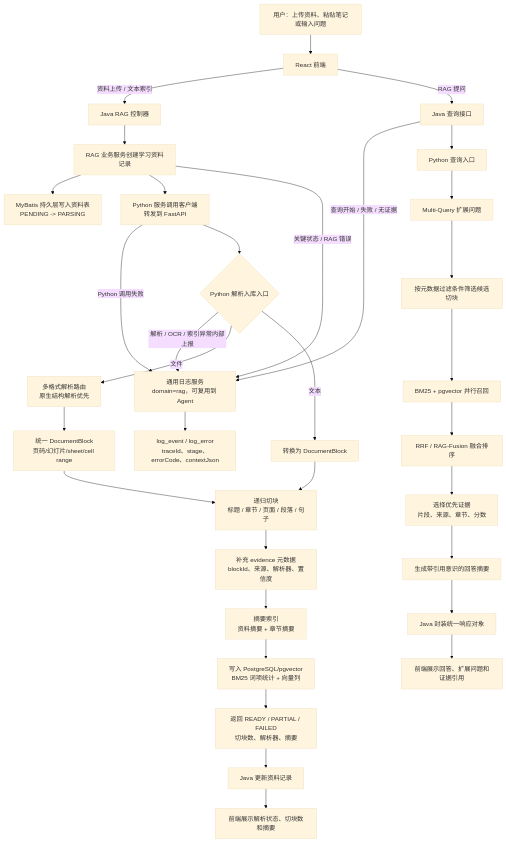
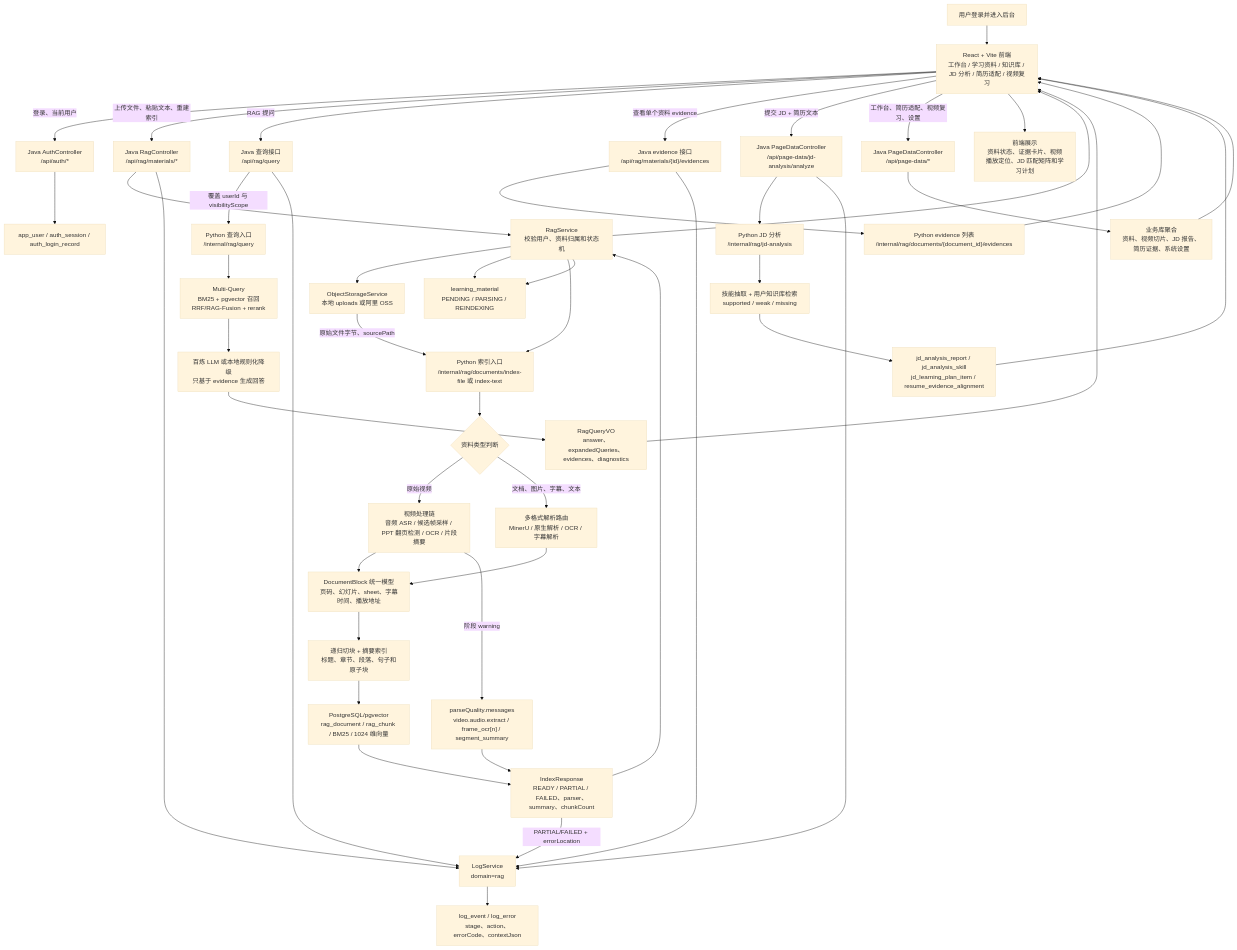
The third of 6 diagrams in README.md (HeWhenJay/Multimodal-RAG-Agent-Learning-Evidence-Platform), drawn with Mermaid (base theme) before and after one commit. The commit also changed other lines of this file and 7 other files, not shown here.

````diff
--- a/README.md
+++ b/README.md
@@ -70,38 +85,57 @@
 ```mermaid
 flowchart TD
-    U["用户：上传资料、粘贴笔记或输入问题"] --> FE["React 前端"]
+    U["用户登录并进入后台"] --> FE["React + Vite 前端<br/>工作台 / 学习资料 / 知识库 / JD 分析 / 简历适配 / 视频复习"]
 
-    FE -->|"资料上传 / 文本索引"| JC["Java RAG 控制器"]
-    JC --> JS["RAG 业务服务创建学习资料记录"]
-    JS --> DB["MyBatis 持久层写入资料表<br/>PENDING -> PARSING"]
-    JS --> PC["Python 服务调用客户端<br/>转发到 FastAPI"]
-    JS -->|"关键状态 / RAG 错误"| LOG["通用日志服务<br/>domain=rag，可复用到 Agent"]
-    PC -->|"Python 调用失败"| LOG
+    FE -->|"登录、当前用户"| AUTH["Java AuthController<br/>/api/auth/*"]
+    AUTH --> AUTHDB["app_user / auth_session / auth_login_record"]
 
-    PC --> PYI{"Python 解析入库入口"}
-    PYI -->|"解析 / OCR / 索引异常内部上报"| LOG
-    PYI -->|"文件"| ROUTE["多格式解析路由<br/>原生结构解析优先"]
-    PYI -->|"文本"| TXT["转换为 DocumentBlock"]
-    ROUTE --> BLOCK["统一 DocumentBlock<br/>页码/幻灯片/sheet/cell range"]
-    BLOCK --> CH["递归切块<br/>标题 / 章节 / 页面 / 段落 / 句子"]
-    TXT --> CH
-    CH --> META["补充 evidence 元数据<br/>blockId、来源、解析器、置信度"]
-    META --> SUM["摘要索引<br/>资料摘要 + 章节摘要"]
-    SUM --> IDX["写入 PostgreSQL/pgvector<br/>BM25 词项统计 + 向量列"]
-    IDX --> IR["返回 READY / PARTIAL / FAILED<br/>切块数、解析器、摘要"]
-    IR --> JU["Java 更新资料记录"]
-    JU --> FEI["前端展示解析状态、切块数和摘要"]
+    FE -->|"上传文件、粘贴文本、重建索引"| RAGAPI["Java RagController<br/>/api/rag/materials/*"]
+    RAGAPI --> RAGSVC["RagService<br/>校验用户、资料归属和状态机"]
+    RAGSVC --> STORE["ObjectStorageService<br/>本地 uploads 或阿里 OSS"]
+    RAGSVC --> LMDB["learning_material<br/>PENDING / PARSING / REINDEXING"]
+    RAGSVC --> PYIDX["Python 索引入口<br/>/internal/rag/documents/index-file 或 index-text"]
+    STORE -->|"原始文件字节、sourcePath"| PYIDX
+    PYIDX --> TYPE{"资料类型判断"}
+    TYPE -->|"原始视频"| VIDEOFLOW["视频处理链<br/>音频 ASR / 候选帧采样 / PPT 翻页检测 / OCR / 片段摘要"]
+    TYPE -->|"文档、图片、字幕、文本"| PARSE["多格式解析路由<br/>MinerU / 原生解析 / OCR / 字幕解析"]
+    PARSE --> BLOCK["DocumentBlock 统一模型<br/>页码、幻灯片、sheet、字幕时间、播放地址"]
+    VIDEOFLOW --> BLOCK
+    VIDEOFLOW -->|"阶段 warning"| VMSG["parseQuality.messages<br/>video.audio.extract / frame_ocr[n] / segment_summary"]
+    BLOCK --> CHUNK["递归切块 + 摘要索引<br/>标题、章节、段落、句子和原子块"]
+    CHUNK --> RAGDB["PostgreSQL/pgvector<br/>rag_document / rag_chunk / BM25 / 1024 维向量"]
+    RAGDB --> IDXRES["IndexResponse<br/>READY / PARTIAL / FAILED、parser、summary、chunkCount"]
+    VMSG --> IDXRES
+    IDXRES --> RAGSVC
+    RAGSVC --> LMDB
+    RAGSVC --> FE
 
-    FE -->|"RAG 提问"| JQ["Java 查询接口"]
-    JQ -->|"查询开始 / 失败 / 无证据"| LOG
-    JQ --> PQ["Python 查询入口"]
-    PQ --> MQ["Multi-Query 扩展问题"]
-    MQ --> FILTER["按元数据过滤条件筛选候选切块"]
-    FILTER --> RET["BM25 + pgvector 并行召回"]
-    RET --> FUSE["RRF / RAG-Fusion 融合排序"]
-    FUSE --> EV["选择优先证据<br/>片段、来源、章节、分数"]
-    EV --> ANS["生成带引用意识的回答摘要"]
-    ANS --> JR["Java 封装统一响应对象"]
-    JR --> UI["前端展示回答、扩展问题和证据引用"]
-    LOG --> LDB["log_event / log_error<br/>traceId、stage、errorCode、contextJson"]
+    FE -->|"RAG 提问"| QUERYAPI["Java 查询接口<br/>/api/rag/query"]
+    QUERYAPI -->|"覆盖 userId 与 visibilityScope"| PYQ["Python 查询入口<br/>/internal/rag/query"]
+    PYQ --> RET["Multi-Query<br/>BM25 + pgvector 召回<br/>RRF/RAG-Fusion + rerank"]
+    RET --> ANS["百炼 LLM 或本地规则化降级<br/>只基于 evidence 生成回答"]
+    ANS --> QRES["RagQueryVO<br/>answer、expandedQueries、evidences、diagnostics"]
+    QRES --> FE
+
+    FE -->|"查看单个资料 evidence"| EVAPI["Java evidence 接口<br/>/api/rag/materials/{id}/evidences"]
+    EVAPI --> PYE["Python evidence 列表<br/>/internal/rag/documents/{document_id}/evidences"]
+    PYE --> FE
+
+    FE -->|"提交 JD + 简历文本"| JDAPI["Java PageDataController<br/>/api/page-data/jd-analysis/analyze"]
+    JDAPI --> PYJD["Python JD 分析<br/>/internal/rag/jd-analysis"]
+    PYJD --> JDR["技能抽取 + 用户知识库检索<br/>supported / weak / missing"]
+    JDR --> JDTABLE["jd_analysis_report / jd_analysis_skill<br/>jd_learning_plan_item / resume_evidence_alignment"]
+    JDTABLE --> FE
+
+    FE -->|"工作台、简历适配、视频复习、设置"| PAGEAPI["Java PageDataController<br/>/api/page-data/*"]
+    PAGEAPI --> APPDB["业务库聚合<br/>资料、视频切片、JD 报告、简历证据、系统设置"]
+    APPDB --> FE
+
+    RAGAPI --> LOG["LogService<br/>domain=rag"]
+    QUERYAPI --> LOG
+    EVAPI --> LOG
+    JDAPI --> LOG
+    IDXRES -->|"PARTIAL/FAILED + errorLocation"| LOG
+    LOG --> LOGDB["log_event / log_error<br/>stage、action、errorCode、contextJson"]
+
+    FE --> UI["前端展示<br/>资料状态、证据卡片、视频播放定位、JD 匹配矩阵和学习计划"]
 ```
````
